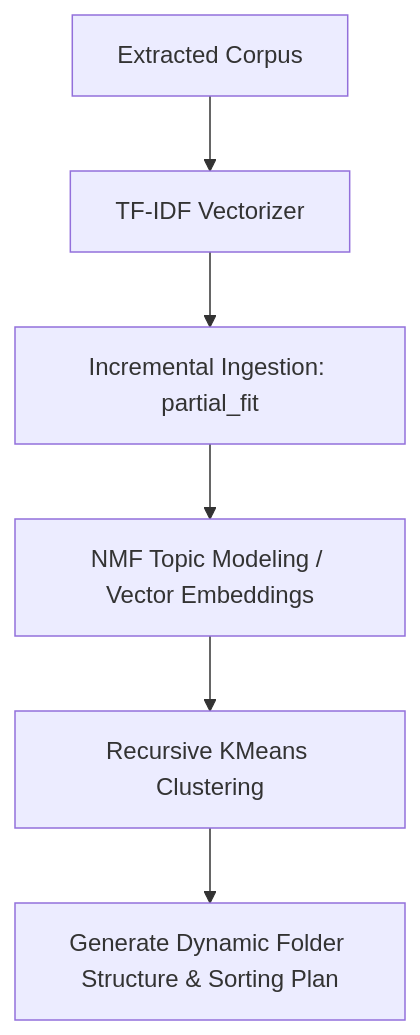
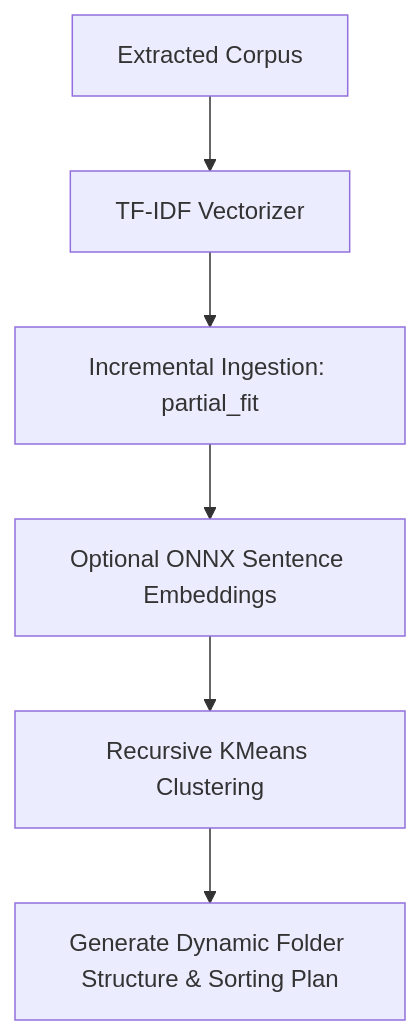
The diagram in docs/assets/diagrams/ml_analyzer_clustering.mmd (fderuiter/sortify), drawn with Mermaid before and after one commit. The commit also changed 520 other files, not shown here.

```diff
--- a/docs/assets/diagrams/ml_analyzer_clustering.mmd
+++ b/docs/assets/diagrams/ml_analyzer_clustering.mmd
@@ -1,12 +1,12 @@
 flowchart TD
     A["Extracted Corpus"]
     B["TF-IDF Vectorizer"]
     C["Incremental Ingestion: partial_fit"]
-    D["NMF Topic Modeling / Vector Embeddings"]
+    D["Optional ONNX Sentence Embeddings"]
     E["Recursive KMeans Clustering"]
     F["Generate Dynamic Folder Structure & Sorting Plan"]
     A --> B
     B --> C
     C --> D
     D --> E
     E --> F
```
